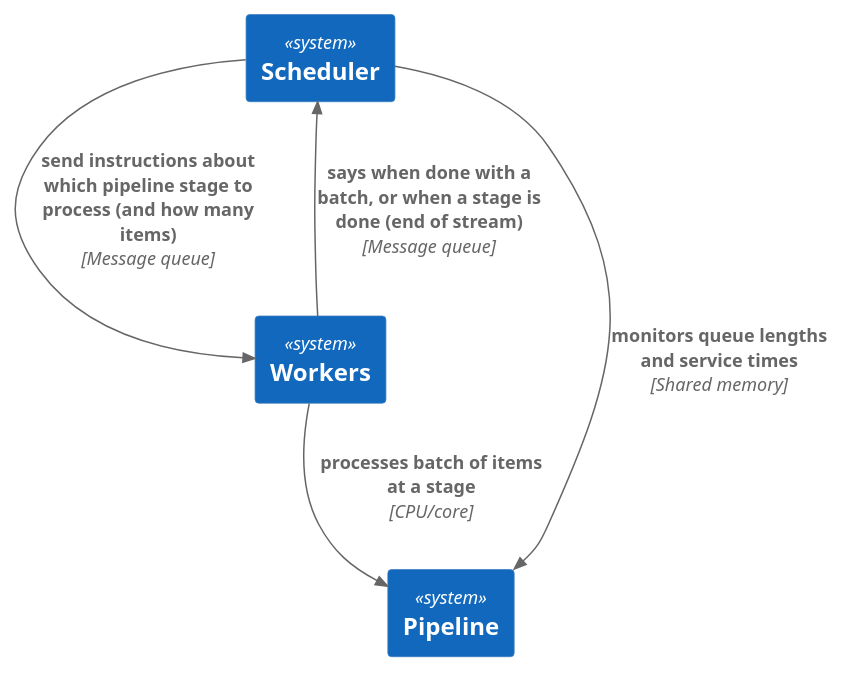
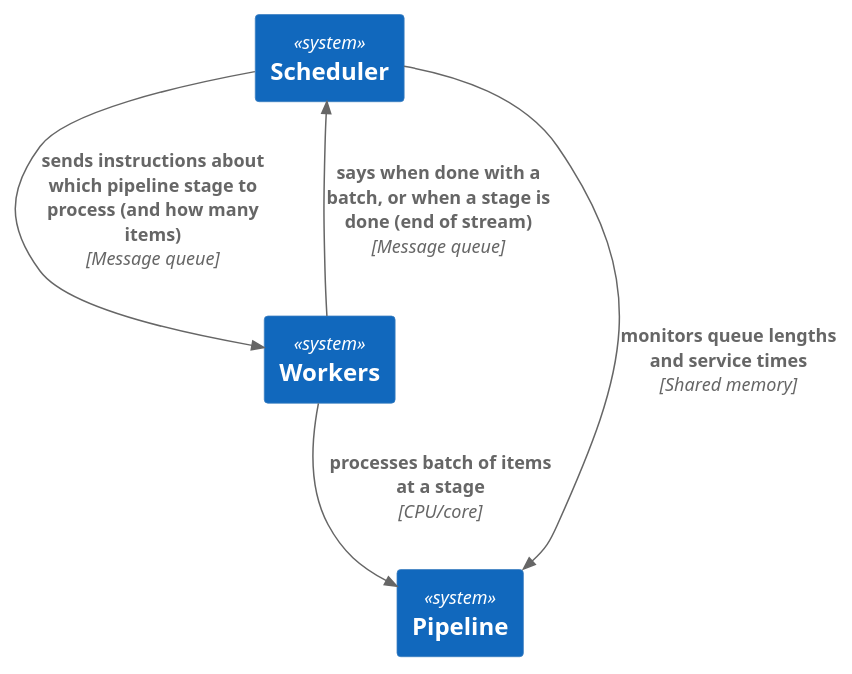
Before and after one commit to stevana/scheduled-pipelines: the diagram in c4model/system-context.puml, drawn with PlantUML. The commit also changed 3 other files, not shown here.

```diff
--- a/c4model/system-context.puml
+++ b/c4model/system-context.puml
@@ -1,14 +1,14 @@
 @startuml system-context
 !include C4_Context.puml
 
 System(scheduler, "Scheduler")
 System(workers, "Workers")
 System(pipeline, "Pipeline")
 
 Rel(scheduler, pipeline, "monitors queue lengths and service times", "Shared memory")
-Rel(scheduler, workers, "send instructions about which pipeline stage to process (and how many items)", "Message queue")
+Rel(scheduler, workers, "sends instructions about which pipeline stage to process (and how many items)", "Message queue")
 Rel(workers, scheduler, "says when done with a batch, or when a stage is done (end of stream)", "Message queue")
 Rel(workers, pipeline, "processes batch of items at a stage", "CPU/core")
 
 
 @enduml
```
